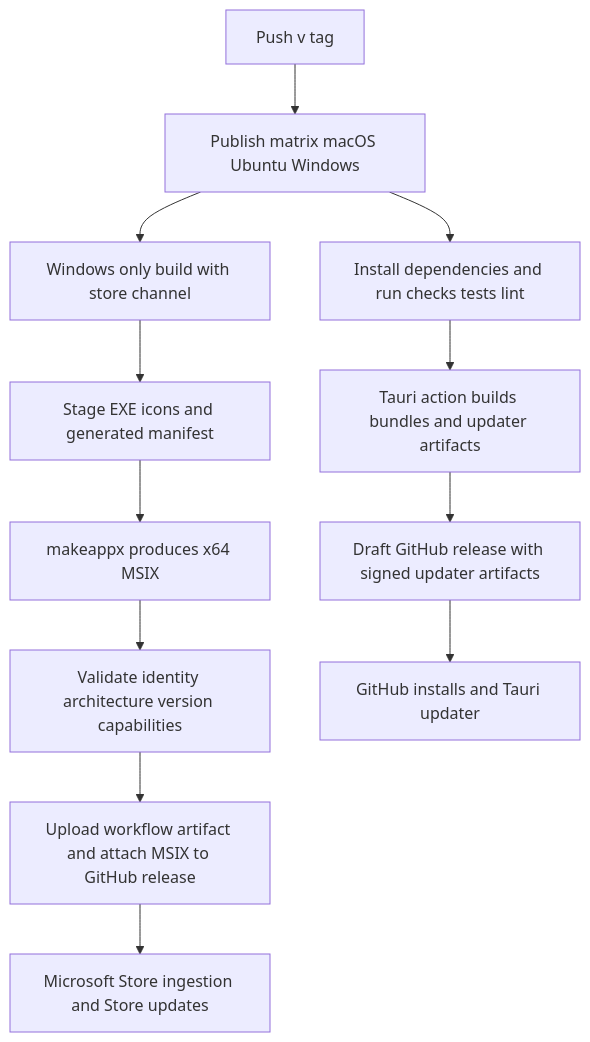
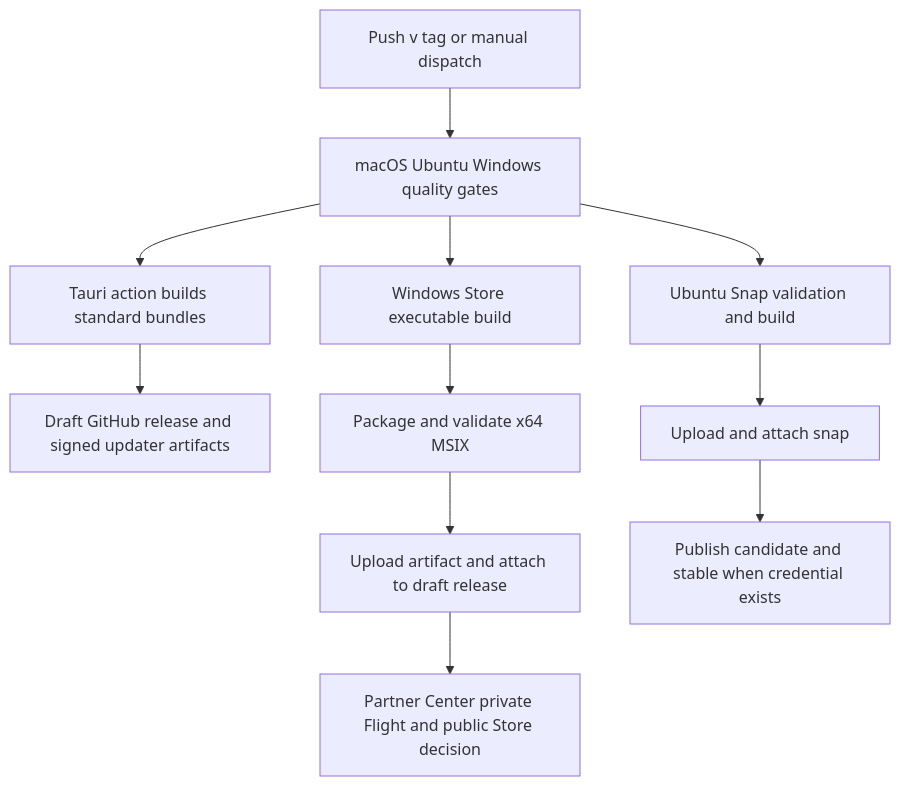
The diagram in openwiki/operations/release-distribution.md (xXRoxXeRXx/lymic), drawn with Mermaid before and after one commit. The commit also changed other lines of this file and 22 other files, not shown here.

````diff
--- a/openwiki/operations/release-distribution.md
+++ b/openwiki/operations/release-distribution.md
@@ -47,14 +57,13 @@
 ```mermaid
 flowchart TD
-    Tag["Push v tag"] --> Matrix["Publish matrix macOS Ubuntu Windows"]
-    Matrix --> Checks["Install dependencies and run checks tests lint"]
-    Checks --> Tauri["Tauri action builds bundles and updater artifacts"]
-    Tauri --> Draft["Draft GitHub release with signed updater artifacts"]
-    Matrix --> StoreBuild["Windows only build with store channel"]
-    StoreBuild --> Package["Stage EXE icons and generated manifest"]
-    Package --> Msix["makeappx produces x64 MSIX"]
-    Msix --> Validate["Validate identity architecture version capabilities"]
-    Validate --> Upload["Upload workflow artifact and attach MSIX to GitHub release"]
-    Upload --> Partner["Microsoft Store ingestion and Store updates"]
-    Draft --> GithubInstall["GitHub installs and Tauri updater"]
+    Tag["Push v tag or manual dispatch"] --> Matrix["macOS Ubuntu Windows quality gates"]
+    Matrix --> Tauri["Tauri action builds standard bundles"]
+    Tauri --> Draft["Draft GitHub release and signed updater artifacts"]
+    Matrix --> Win["Windows Store executable build"]
+    Win --> Msix["Package and validate x64 MSIX"]
+    Msix --> StoreAsset["Upload artifact and attach to draft release"]
+    Matrix --> Linux["Ubuntu Snap validation and build"]
+    Linux --> SnapAsset["Upload and attach snap"]
+    SnapAsset --> SnapStore["Publish candidate and stable when credential exists"]
+    StoreAsset --> Flight["Partner Center private Flight and public Store decision"]
 ```
````
